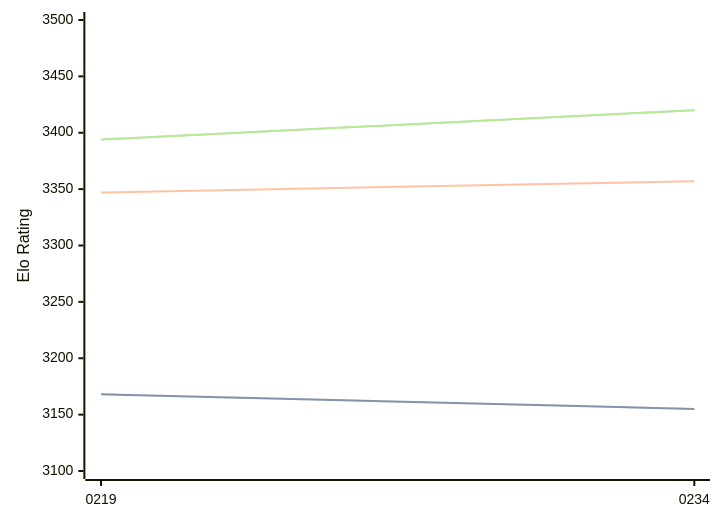
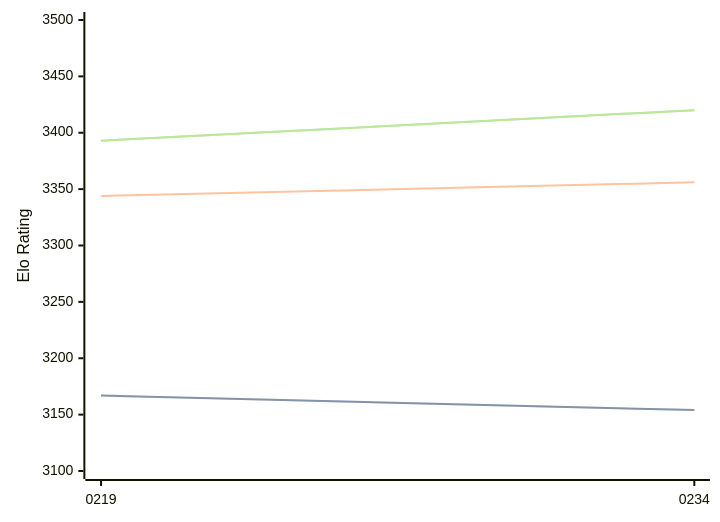
One commit to computer-chess-index/cci changed the diagram in engines/Ynode.md. Above: the diagram before and after it, drawn with Mermaid. The commit also changed other lines of this file, not shown here.

Commit message:
Update CCI Ratings (ELO VLTC) - 2026-03-31

````diff
--- a/engines/Ynode.md
+++ b/engines/Ynode.md
@@ -39,11 +39,11 @@
 ```mermaid
 %%{init: {"theme":"base","themeVariables":{"seriesColors:['#a3a3a3','#222221','#faa371']}}}%%
 xychart-beta
   x-axis ["0219", "0234"]
   y-axis "Elo Rating" 3100 --> 3500
-  line "STC (8.0+0.08s)" [3168, 3155]
-  line "STC (8.0+0.08s)" [3168, 3155]
-  line "LTC (60.0+0.60s)" [3347, 3357]
-  line "VLTC (2m24s+1.12s)" [3394, 3420]
-  line "VLTC (2m24s+1.12s)" [3394, 3420]
+  line "STC (8.0+0.08s)" [3167, 3154]
+  line "STC (8.0+0.08s)" [3167, 3154]
+  line "LTC (60.0+0.60s)" [3344, 3356]
+  line "VLTC (2m24s+1.12s)" [3393, 3420]
+  line "VLTC (2m24s+1.12s)" [3393, 3420]
 ```
````
